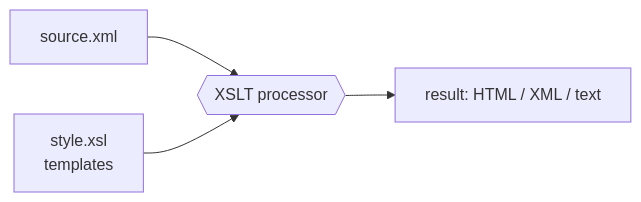
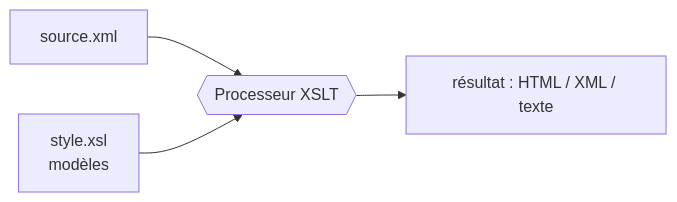
One commit to ghaithsoltani/my-courses changed diagram 11 of 14 in SOA/XML_Technologies_Study_Guide.md. Above: the diagram before and after it, drawn with Mermaid. The commit also changed other lines of this file and 9 other files, not shown here.

````diff
--- a/SOA/XML_Technologies_Study_Guide.md
+++ b/SOA/XML_Technologies_Study_Guide.md
@@ -848,6 +848,6 @@
 ```mermaid
 flowchart LR
-    X[source.xml] --> P{{XSLT processor}}
-    S[style.xsl<br/>templates] --> P
-    P --> O[result: HTML / XML / text]
+    X[source.xml] --> P{{Processeur XSLT}}
+    S[style.xsl<br/>modèles] --> P
+    P --> O[résultat : HTML / XML / texte]
 ```
````
